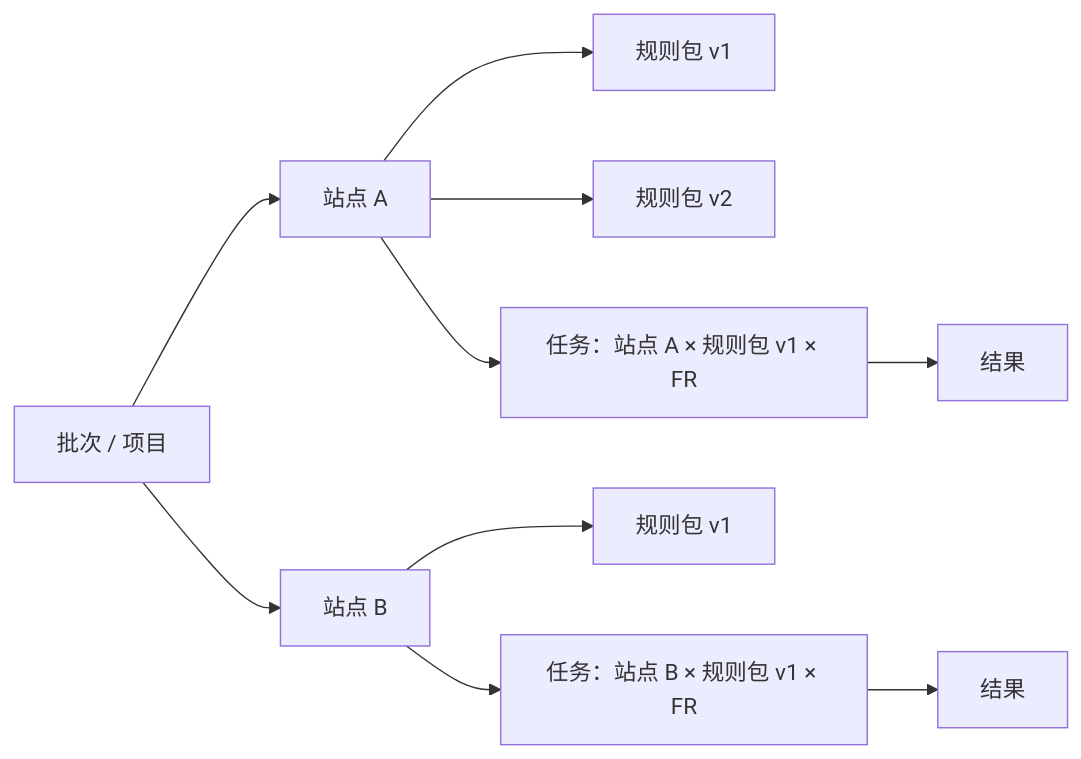
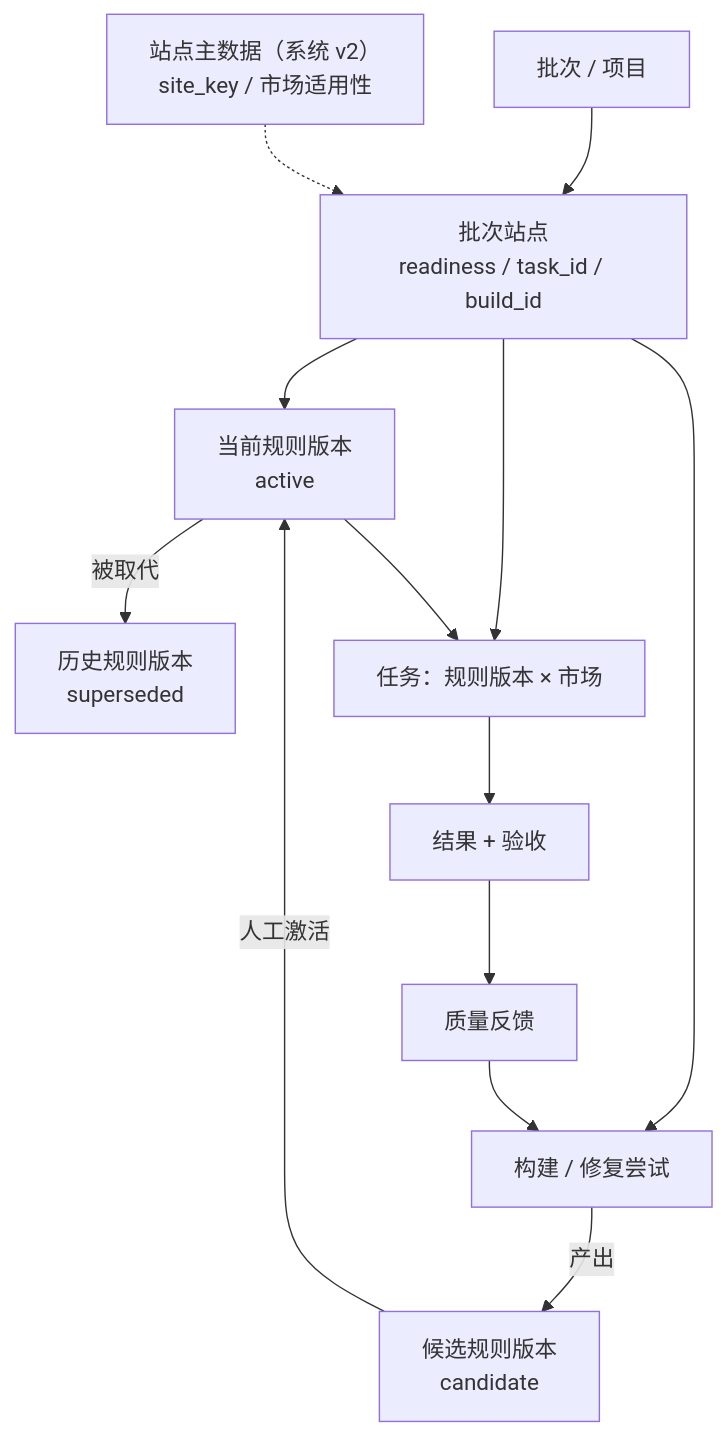
Before and after one commit to xuchaoxin1375/ai-ecom-crawler: the diagram in docs/33-用户工作流与前端信息架构.md, drawn with Mermaid. The commit also changed other lines of this file and 7 other files, not shown here.

````diff
--- a/docs/33-用户工作流与前端信息架构.md
+++ b/docs/33-用户工作流与前端信息架构.md
@@ -119,12 +135,15 @@
 ```mermaid
-flowchart LR
-    B["批次 / 项目"] --> S1["站点 A"]
-    B --> S2["站点 B"]
-    S1 --> R1["规则包 v1"]
-    S1 --> R2["规则包 v2"]
-    S1 --> T1["任务：站点 A × 规则包 v1 × FR"]
-    S2 --> R3["规则包 v1"]
-    S2 --> T2["任务：站点 B × 规则包 v1 × FR"]
-    T1 --> O1["结果"]
-    T2 --> O2["结果"]
+flowchart TB
+    B["批次 / 项目"] --> M["批次站点<br/>readiness / task_id / build_id"]
+    S["站点主数据（系统 v2）<br/>site_key / 市场适用性"] -.-> M
+    M --> R["当前规则版本<br/>active"]
+    M --> BD["构建 / 修复尝试"]
+    BD -->|"产出"| C["候选规则版本<br/>candidate"]
+    C -->|"人工激活"| R
+    R -->|"被取代"| H["历史规则版本<br/>superseded"]
+    M --> T["任务：规则版本 × 市场"]
+    R --> T
+    T --> O["结果 + 验收"]
+    O --> Q["质量反馈"]
+    Q --> BD
 ```
````
